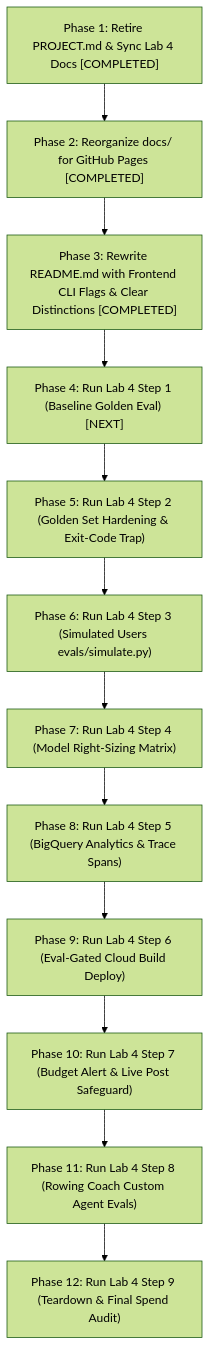
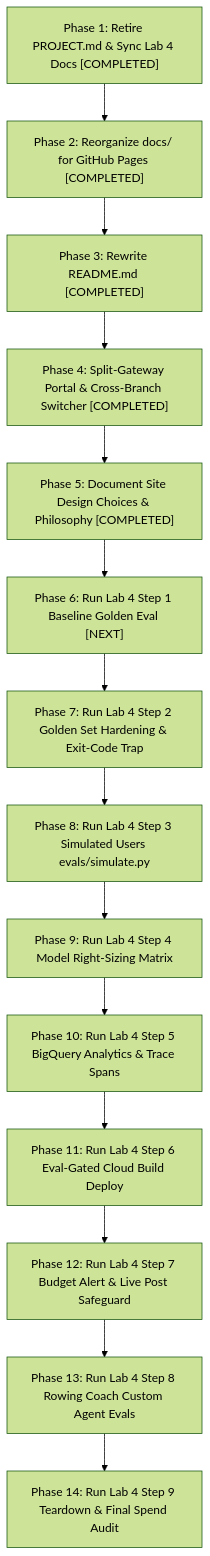
One commit to duncmon/ai-devcamp-labs changed the diagram in PROGRESS.md. Above: the diagram before and after it, drawn with Mermaid (forest theme). The commit also changed other lines of this file and 15 other files, not shown here.

Commit message:
feat(docs): implement Split-Gateway Portal matching notebook sketch, Universal 1-Click Cross-Branch Switcher, sync unlocked instructor index, and author site-design.html

````diff
--- a/PROGRESS.md
+++ b/PROGRESS.md
@@ -195,14 +200,16 @@
 ```mermaid
 flowchart TD
     T0["Phase 1: Retire PROJECT.md & Sync Lab 4 Docs [COMPLETED]"] --> T1["Phase 2: Reorganize docs/ for GitHub Pages [COMPLETED]"]
-    T1 --> T2["Phase 3: Rewrite README.md with Frontend CLI Flags & Clear Distinctions [COMPLETED]"]
-    T2 --> T3["Phase 4: Run Lab 4 Step 1 (Baseline Golden Eval) [NEXT]"]
-    T3 --> T4["Phase 5: Run Lab 4 Step 2 (Golden Set Hardening & Exit-Code Trap)"]
-    T4 --> T5["Phase 6: Run Lab 4 Step 3 (Simulated Users evals/simulate.py)"]
-    T5 --> T6["Phase 7: Run Lab 4 Step 4 (Model Right-Sizing Matrix)"]
-    T6 --> T7["Phase 8: Run Lab 4 Step 5 (BigQuery Analytics & Trace Spans)"]
-    T7 --> T8["Phase 9: Run Lab 4 Step 6 (Eval-Gated Cloud Build Deploy)"]
-    T8 --> T9["Phase 10: Run Lab 4 Step 7 (Budget Alert & Live Post Safeguard)"]
-    T9 --> T10["Phase 11: Run Lab 4 Step 8 (Rowing Coach Custom Agent Evals)"]
-    T10 --> T11["Phase 12: Run Lab 4 Step 9 (Teardown & Final Spend Audit)"]
+    T1 --> T2["Phase 3: Rewrite README.md [COMPLETED]"]
+    T2 --> T3["Phase 4: Split-Gateway Portal & Cross-Branch Switcher [COMPLETED]"]
+    T3 --> T4["Phase 5: Document Site Design Choices & Philosophy [COMPLETED]"]
+    T4 --> T5["Phase 6: Run Lab 4 Step 1 Baseline Golden Eval [NEXT]"]
+    T5 --> T6["Phase 7: Run Lab 4 Step 2 Golden Set Hardening & Exit-Code Trap"]
+    T6 --> T7["Phase 8: Run Lab 4 Step 3 Simulated Users evals/simulate.py"]
+    T7 --> T8["Phase 9: Run Lab 4 Step 4 Model Right-Sizing Matrix"]
+    T8 --> T9["Phase 10: Run Lab 4 Step 5 BigQuery Analytics & Trace Spans"]
+    T9 --> T10["Phase 11: Run Lab 4 Step 6 Eval-Gated Cloud Build Deploy"]
+    T10 --> T11["Phase 12: Run Lab 4 Step 7 Budget Alert & Live Post Safeguard"]
+    T11 --> T12["Phase 13: Run Lab 4 Step 8 Rowing Coach Custom Agent Evals"]
+    T12 --> T13["Phase 14: Run Lab 4 Step 9 Teardown & Final Spend Audit"]
 ```
````
